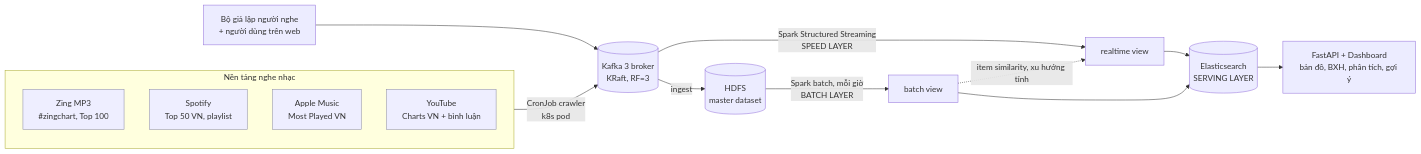
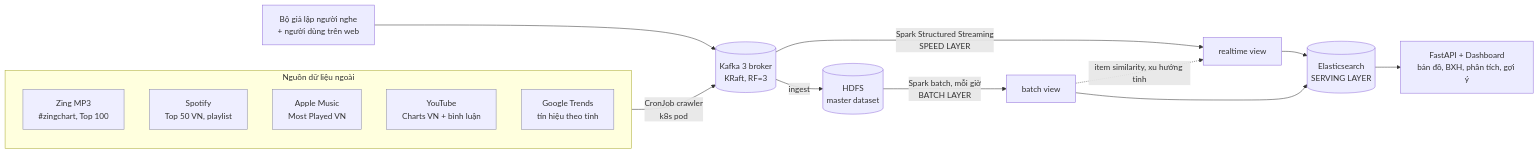
Before and after one commit to Exceptional-Khoi/Trend2Playlist: the diagram in README.md, drawn with Mermaid. The commit also changed other lines of this file and 16 other files, not shown here.

````diff
--- a/README.md
+++ b/README.md
@@ -17,20 +17,21 @@
 ```mermaid
 flowchart LR
-  subgraph SRC[Nền tảng nghe nhạc]
+  subgraph SRC[Nguồn dữ liệu ngoài]
     Z[Zing MP3<br/>#zingchart, Top 100]:::s
     S[Spotify<br/>Top 50 VN, playlist]:::s
     A[Apple Music<br/>Most Played VN]:::s
     Y[YouTube<br/>Charts VN + bình luận]:::s
+    G[Google Trends<br/>tín hiệu theo tỉnh]:::s
   end
   SIM[Bộ giả lập người nghe<br/>+ người dùng trên web]
   SRC -->|CronJob crawler<br/>k8s pod| K[(Kafka 3 broker<br/>KRaft, RF=3)]
   SIM --> K
   K -->|Spark Structured Streaming<br/>SPEED LAYER| RT[realtime view]
   K -->|ingest| H[(HDFS<br/>master dataset)]
   H -->|Spark batch, mỗi giờ<br/>BATCH LAYER| BV[batch view]
   RT --> ES[(Elasticsearch<br/>SERVING LAYER)]
   BV --> ES
   BV -.item similarity, xu hướng tỉnh.-> RT
   ES --> API[FastAPI + Dashboard<br/>bản đồ, BXH, phân tích, gợi ý]
   classDef s fill:#eef,stroke:#88a
 ```
````
